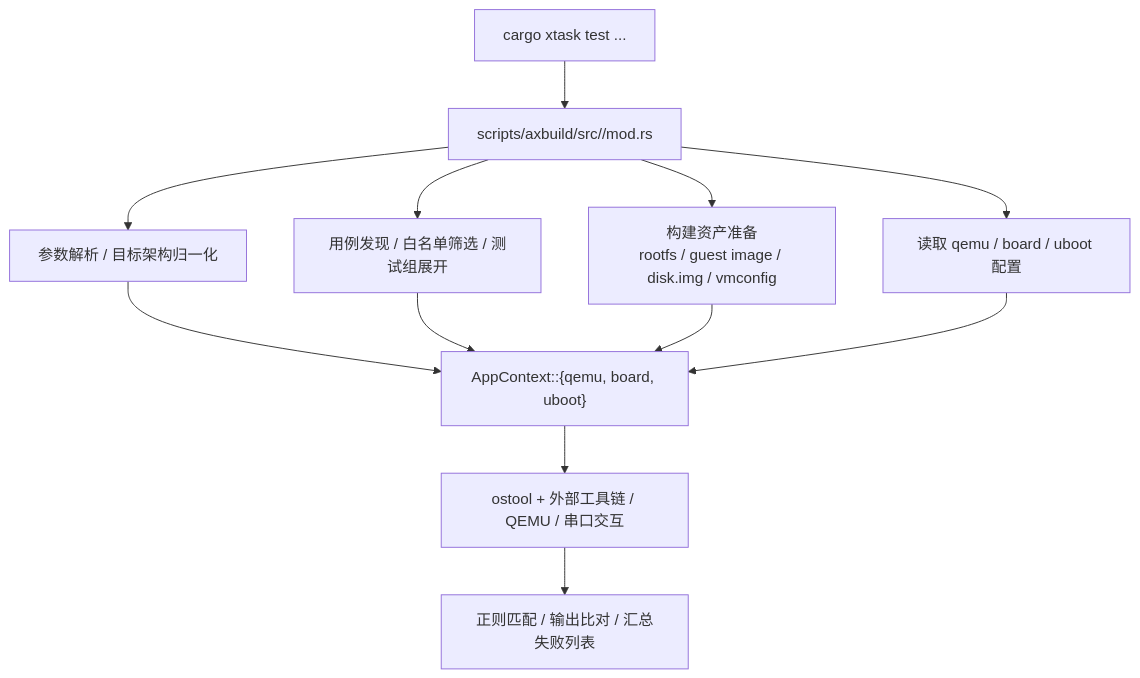
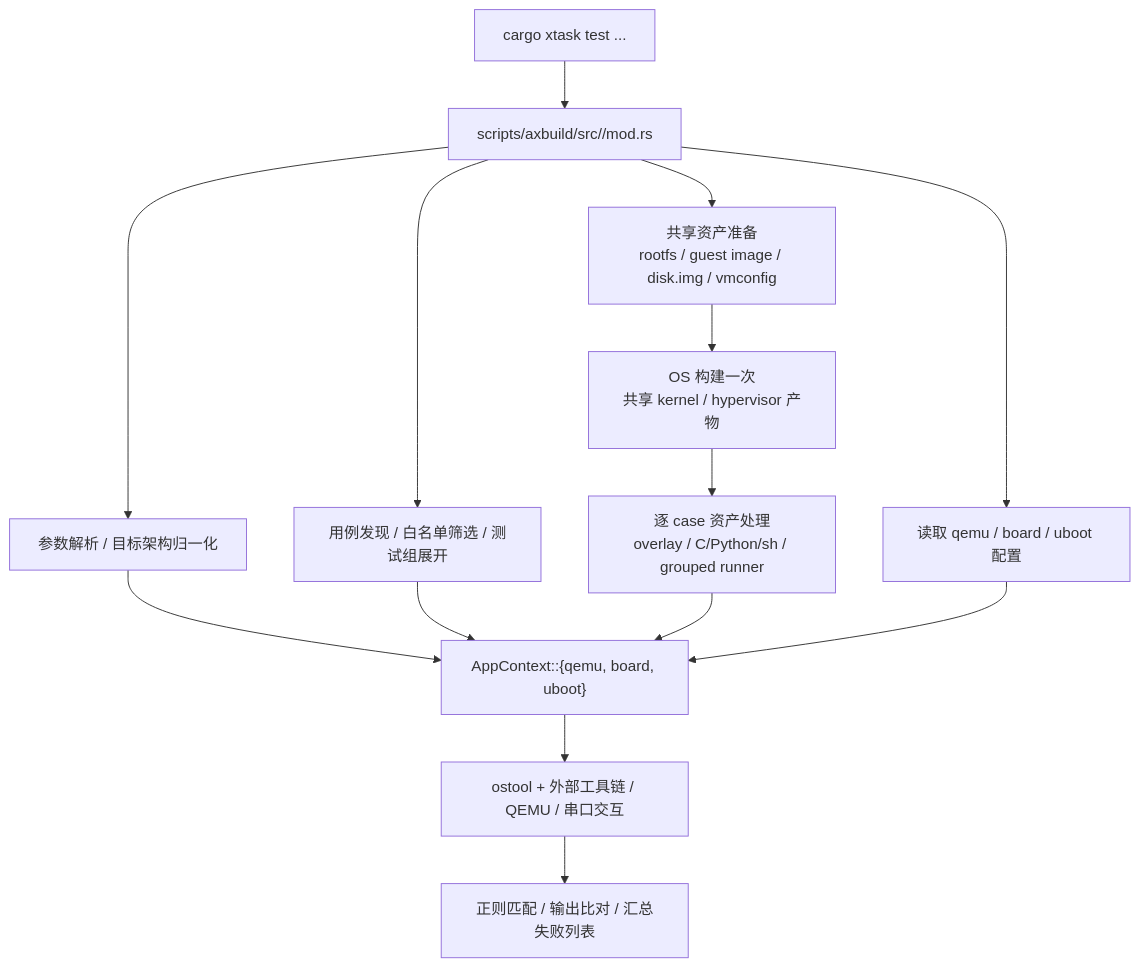
One commit to rcore-os/tgoskits changed the first of 2 diagrams in docs/docs/design/test/overview.md. Above: the diagram before and after it, drawn with Mermaid. The commit also changed other lines of this file and 47 other files, not shown here.

````diff
--- a/docs/docs/design/test/overview.md
+++ b/docs/docs/design/test/overview.md
@@ -18,24 +18,28 @@
 ```mermaid
 flowchart TD
     cli["cargo xtask <os> test ..."]
     mod["scripts/axbuild/src/<os>/mod.rs"]
     parse["参数解析 / 目标架构归一化"]
     discover["用例发现 / 白名单筛选 / 测试组展开"]
-    assets["构建资产准备<br/>rootfs / guest image / disk.img / vmconfig"]
+    assets["共享资产准备<br/>rootfs / guest image / disk.img / vmconfig"]
+    buildonce["OS 构建一次<br/>共享 kernel / hypervisor 产物"]
+    caseassets["逐 case 资产处理<br/>overlay / C/Python/sh / grouped runner"]
     loadcfg["读取 qemu / board / uboot 配置"]
     app["AppContext::{qemu, board, uboot}"]
     runtime["ostool + 外部工具链 / QEMU / 串口交互"]
     result["正则匹配 / 输出比对 / 汇总失败列表"]
 
     cli --> mod
     mod --> parse
     mod --> discover
     mod --> assets
     mod --> loadcfg
     parse --> app
     discover --> app
-    assets --> app
+    assets --> buildonce
+    buildonce --> caseassets
+    caseassets --> app
     loadcfg --> app
     app --> runtime
     runtime --> result
 ```
````
